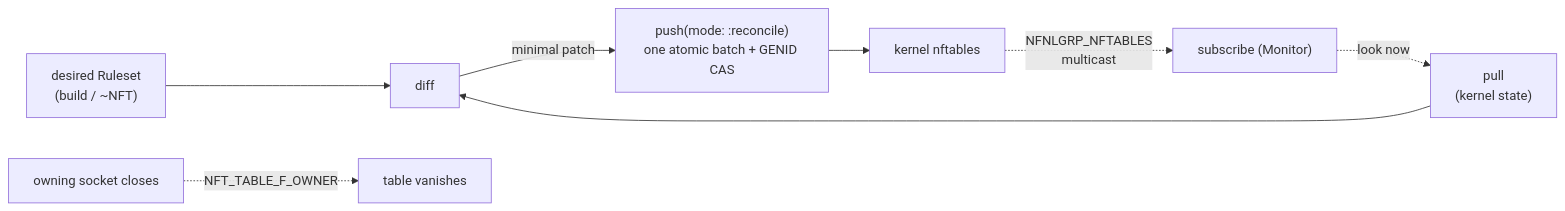
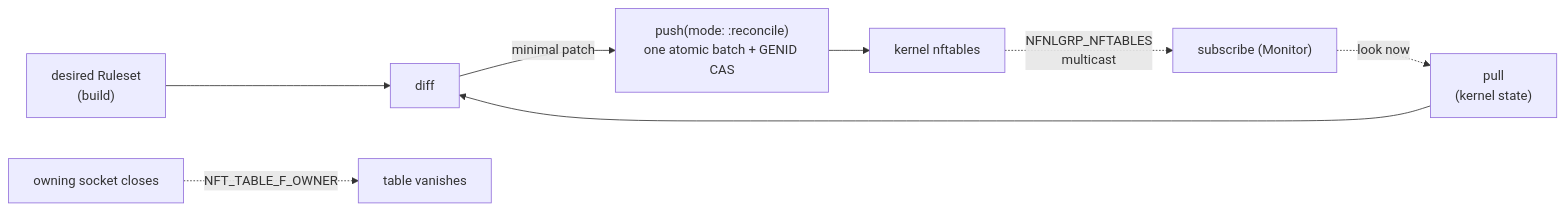
The diagram in docs/netfilter/netfilter-overview.md (oshlabs/linx), drawn with Mermaid before and after one commit. The commit also changed other lines of this file and 60 other files, not shown here.

````diff
--- a/docs/netfilter/netfilter-overview.md
+++ b/docs/netfilter/netfilter-overview.md
@@ -39,10 +39,10 @@
 ```mermaid
 flowchart LR
-    desired["desired Ruleset<br/>(build / ~NFT)"] --> diff["diff"]
+    desired["desired Ruleset<br/>(build)"] --> diff["diff"]
     pull["pull<br/>(kernel state)"] --> diff
     diff -->|"minimal patch"| push["push(mode: :reconcile)<br/>one atomic batch + GENID CAS"]
     push --> kernel["kernel nftables"]
     kernel -.->|"NFNLGRP_NFTABLES<br/>multicast"| sub["subscribe (Monitor)"]
     sub -.->|"look now"| pull
     owner["owning socket closes"] -.->|"NFT_TABLE_F_OWNER"| gone["table vanishes"]
 ```
````
